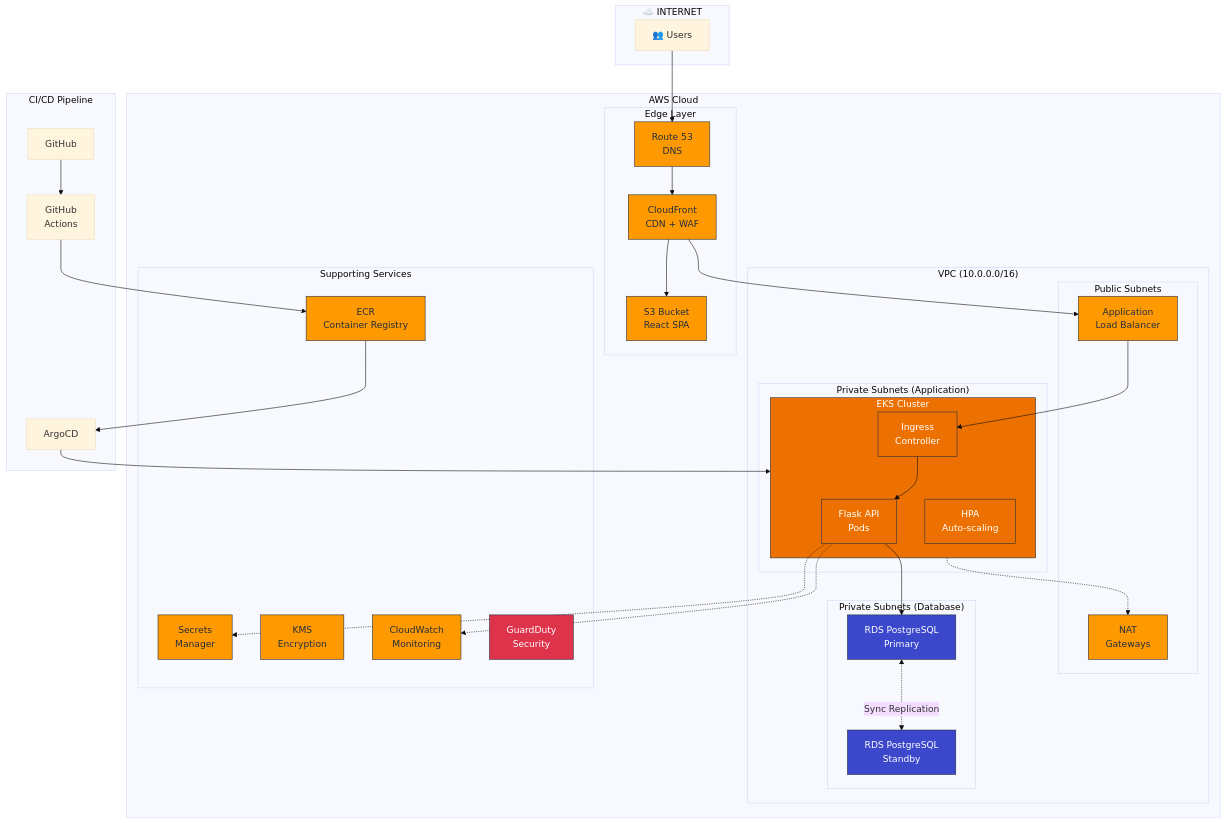
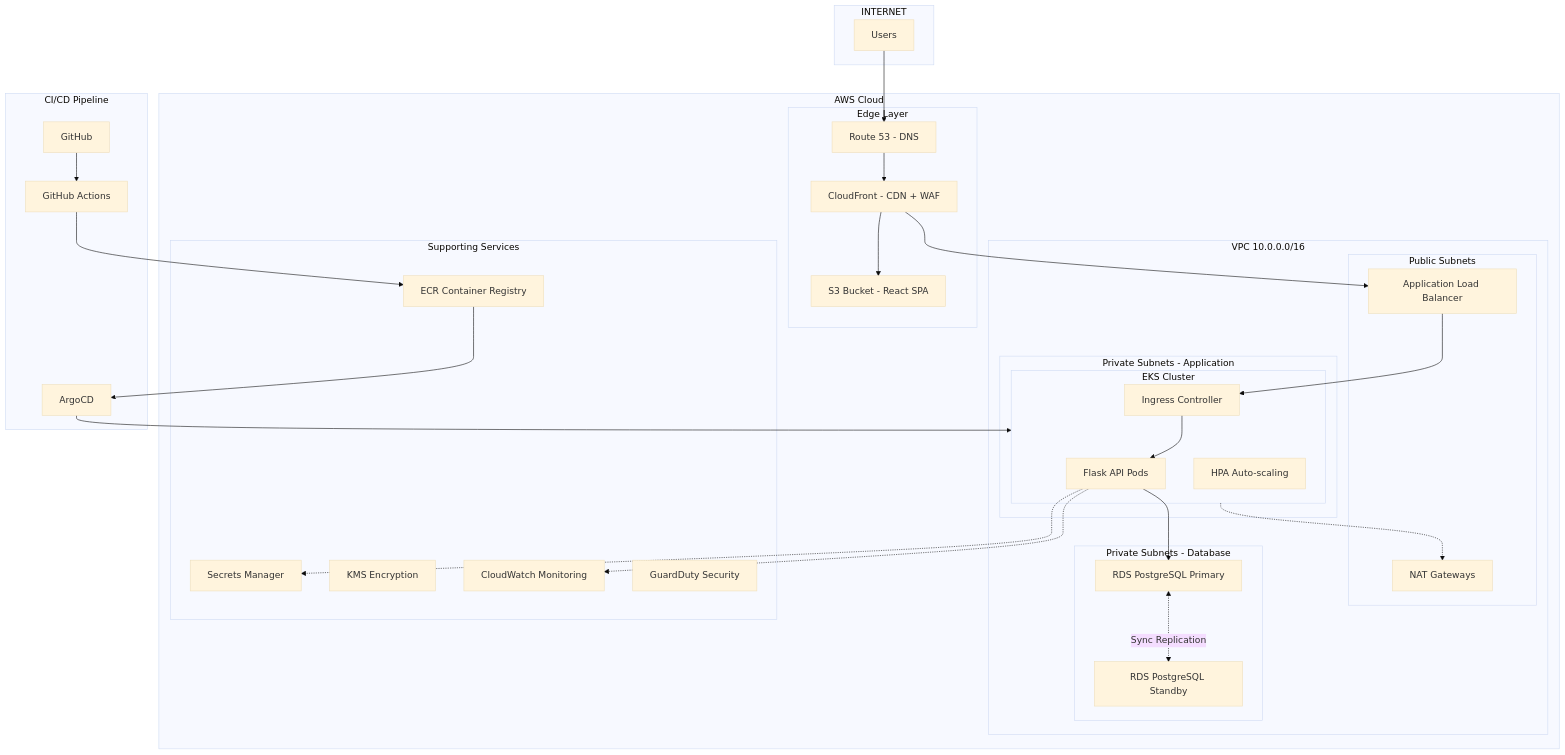
The diagram in innnovate/diagrams/architecture-overview.mermaid (ArenHarut/opsfleet-task), drawn with Mermaid (base theme) before and after one commit. The commit also changed other lines of this file, not shown here.

Commit message:
Refactor architecture overview diagram labels

````diff
--- a/innnovate/diagrams/architecture-overview.mermaid
+++ b/innnovate/diagrams/architecture-overview.mermaid
@@ -1,77 +1,64 @@
-```mermaid
 flowchart TB
-    subgraph Internet["☁️ INTERNET"]
-        Users["👥 Users"]
+    subgraph Internet["INTERNET"]
+        Users["Users"]
     end
 
     subgraph AWS["AWS Cloud"]
         subgraph Edge["Edge Layer"]
-            R53["Route 53<br/>DNS"]
-            CF["CloudFront<br/>CDN + WAF"]
-            S3["S3 Bucket<br/>React SPA"]
+            R53["Route 53 - DNS"]
+            CF["CloudFront - CDN + WAF"]
+            S3["S3 Bucket - React SPA"]
         end
 
-        subgraph VPC["VPC (10.0.0.0/16)"]
+        subgraph VPC["VPC 10.0.0.0/16"]
             subgraph Public["Public Subnets"]
-                ALB["Application<br/>Load Balancer"]
-                NAT["NAT<br/>Gateways"]
+                ALB["Application Load Balancer"]
+                NAT["NAT Gateways"]
             end
 
-            subgraph Private["Private Subnets (Application)"]
+            subgraph Private["Private Subnets - Application"]
                 subgraph EKS["EKS Cluster"]
-                    API["Flask API<br/>Pods"]
-                    Ingress["Ingress<br/>Controller"]
-                    HPA["HPA<br/>Auto-scaling"]
+                    API["Flask API Pods"]
+                    Ingress["Ingress Controller"]
+                    HPA["HPA Auto-scaling"]
                 end
             end
 
-            subgraph Database["Private Subnets (Database)"]
-                RDS_Primary["RDS PostgreSQL<br/>Primary"]
-                RDS_Standby["RDS PostgreSQL<br/>Standby"]
+            subgraph Database["Private Subnets - Database"]
+                RDS_Primary["RDS PostgreSQL Primary"]
+                RDS_Standby["RDS PostgreSQL Standby"]
             end
         end
 
         subgraph Services["Supporting Services"]
-            ECR["ECR<br/>Container Registry"]
-            SM["Secrets<br/>Manager"]
-            KMS["KMS<br/>Encryption"]
-            CW["CloudWatch<br/>Monitoring"]
-            GD["GuardDuty<br/>Security"]
+            ECR["ECR Container Registry"]
+            SM["Secrets Manager"]
+            KMS["KMS Encryption"]
+            CW["CloudWatch Monitoring"]
+            GD["GuardDuty Security"]
         end
     end
 
     subgraph CICD["CI/CD Pipeline"]
         GH["GitHub"]
-        GHA["GitHub<br/>Actions"]
+        GHA["GitHub Actions"]
         ARGO["ArgoCD"]
     end
 
     Users --> R53
     R53 --> CF
     CF --> S3
     CF --> ALB
     ALB --> Ingress
     Ingress --> API
     API --> RDS_Primary
     RDS_Primary <-.->|Sync Replication| RDS_Standby
     
     GH --> GHA
     GHA --> ECR
     ECR --> ARGO
     ARGO --> EKS
     
     API -.-> SM
     API -.-> CW
     EKS -.-> NAT
-    
-    classDef aws fill:#FF9900,stroke:#232F3E,color:#232F3E
-    classDef security fill:#DD344C,stroke:#232F3E,color:white
-    classDef database fill:#3B48CC,stroke:#232F3E,color:white
-    classDef compute fill:#ED7100,stroke:#232F3E,color:white
-    classDef network fill:#8C4FFF,stroke:#232F3E,color:white
-    
-    class R53,CF,S3,ALB,NAT,ECR,SM,KMS,CW aws
-    class GD security
-    class RDS_Primary,RDS_Standby database
-    class API,EKS,Ingress,HPA compute
-```
````
